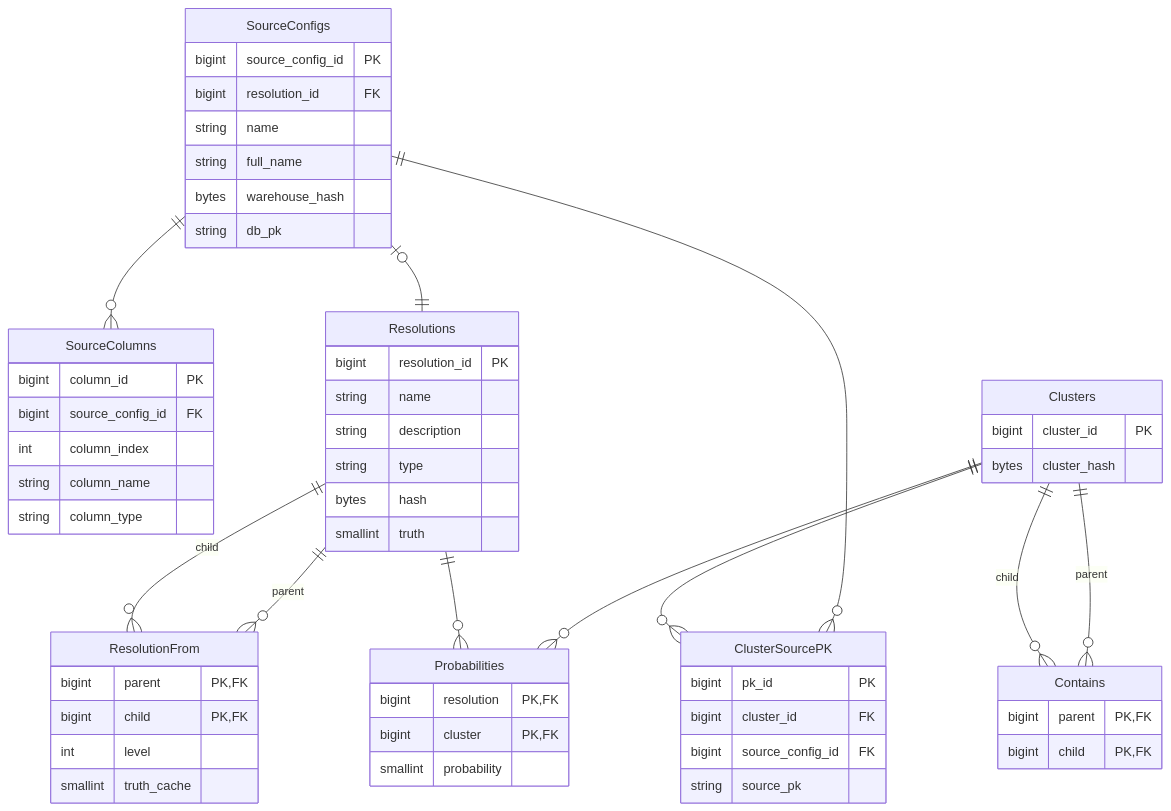
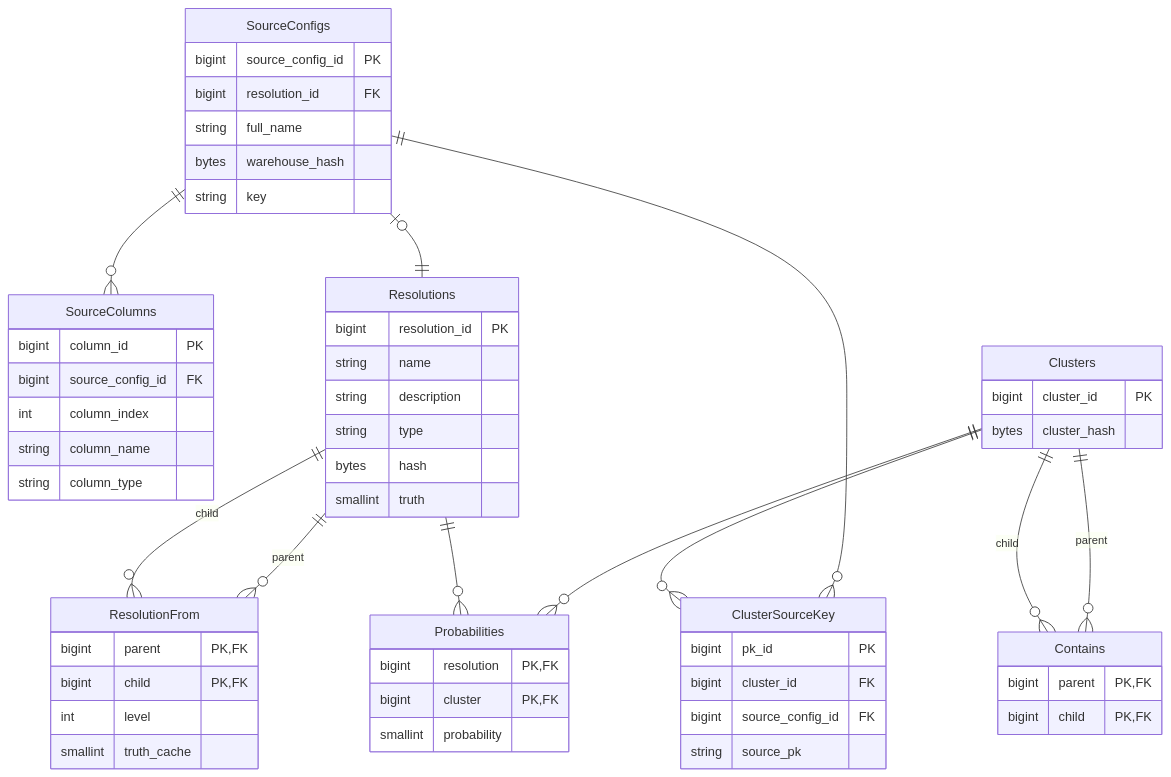
One commit to will-langdale/matchbox changed the diagram in docs/api/server/backends/postgresql.md. Above: the diagram before and after it, drawn with Mermaid. The commit also changed 38 other files, not shown here.

````diff
--- a/docs/api/server/backends/postgresql.md
+++ b/docs/api/server/backends/postgresql.md
@@ -10,62 +10,61 @@
 ```mermaid
 erDiagram
     SourceConfigs {
         bigint source_config_id PK
         bigint resolution_id FK
-        string name
         string full_name
         bytes warehouse_hash
-        string db_pk
+        string key
     }
     SourceColumns {
         bigint column_id PK
         bigint source_config_id FK
         int column_index
         string column_name
         string column_type
     }
     Clusters {
         bigint cluster_id PK
         bytes cluster_hash
     }
-    ClusterSourcePK {
+    ClusterSourceKey {
         bigint pk_id PK
         bigint cluster_id FK
         bigint source_config_id FK
         string source_pk
     }
     Contains {
         bigint parent PK,FK
         bigint child PK,FK
     }
     Probabilities {
         bigint resolution PK,FK
         bigint cluster PK,FK
         smallint probability
     }
     Resolutions {
         bigint resolution_id PK
         string name
         string description
         string type
         bytes hash
         smallint truth
     }
     ResolutionFrom {
         bigint parent PK,FK
         bigint child PK,FK
         int level
         smallint truth_cache
     }
 
     SourceConfigs |o--|| Resolutions : ""
     SourceConfigs ||--o{ SourceColumns : ""
-    SourceConfigs ||--o{ ClusterSourcePK : ""
-    Clusters ||--o{ ClusterSourcePK : ""
+    SourceConfigs ||--o{ ClusterSourceKey : ""
+    Clusters ||--o{ ClusterSourceKey : ""
     Clusters ||--o{ Probabilities : ""
     Clusters ||--o{ Contains : "parent"
     Contains }o--|| Clusters : "child"
     Resolutions ||--o{ Probabilities : ""
     Resolutions ||--o{ ResolutionFrom : "parent"
     ResolutionFrom }o--|| Resolutions : "child"
 ```
````
